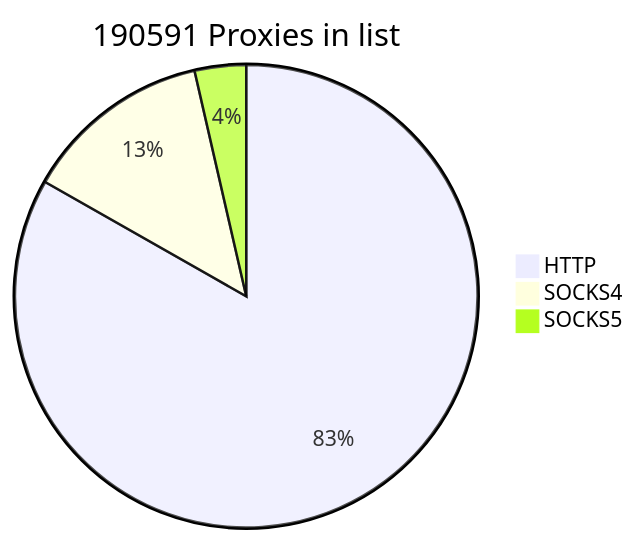
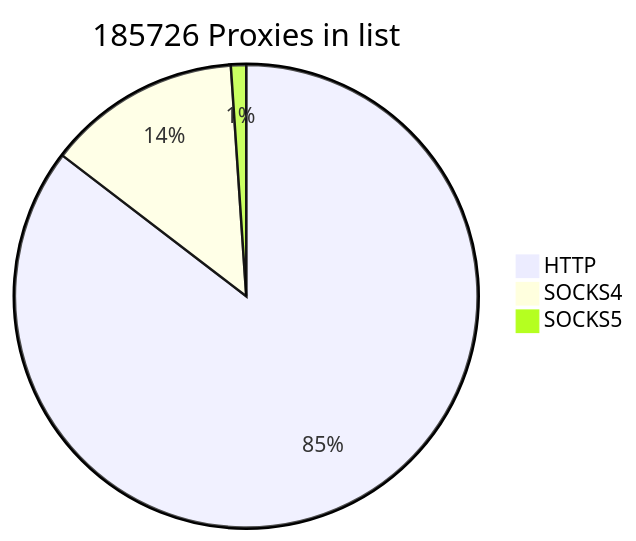
Before and after one commit to cutipu/proxylist: the first of 2 diagrams in README.md, drawn with Mermaid. The commit also changed other lines of this file, not shown here.

````diff
--- a/README.md
+++ b/README.md
@@ -2,7 +2,7 @@
 ```mermaid
-pie title 190591 Proxies in list
+pie title 185726 Proxies in list
     "HTTP" : 158616
     "SOCKS4" : 25134
-    "SOCKS5" : 6841
+    "SOCKS5" : 1976
             
 ```
````
